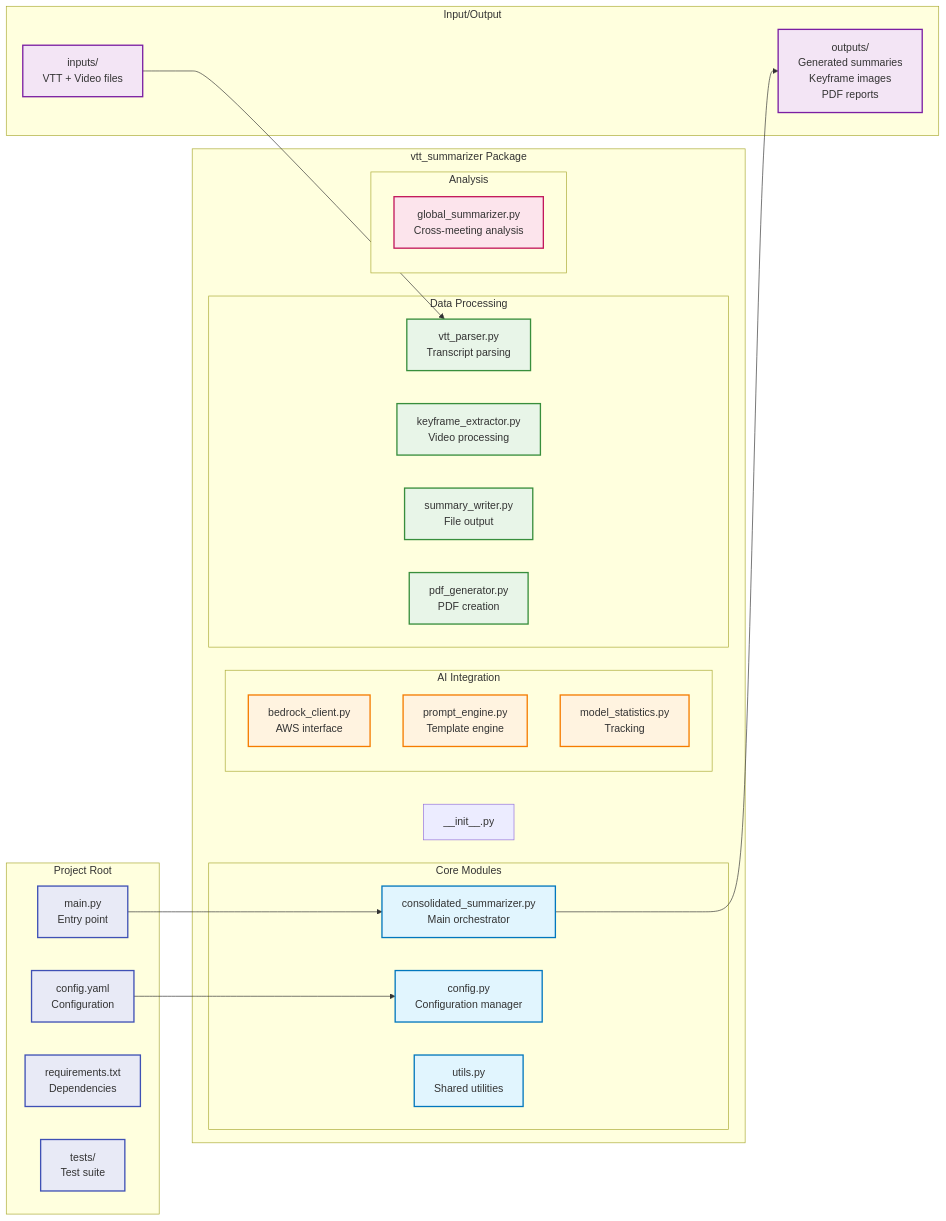
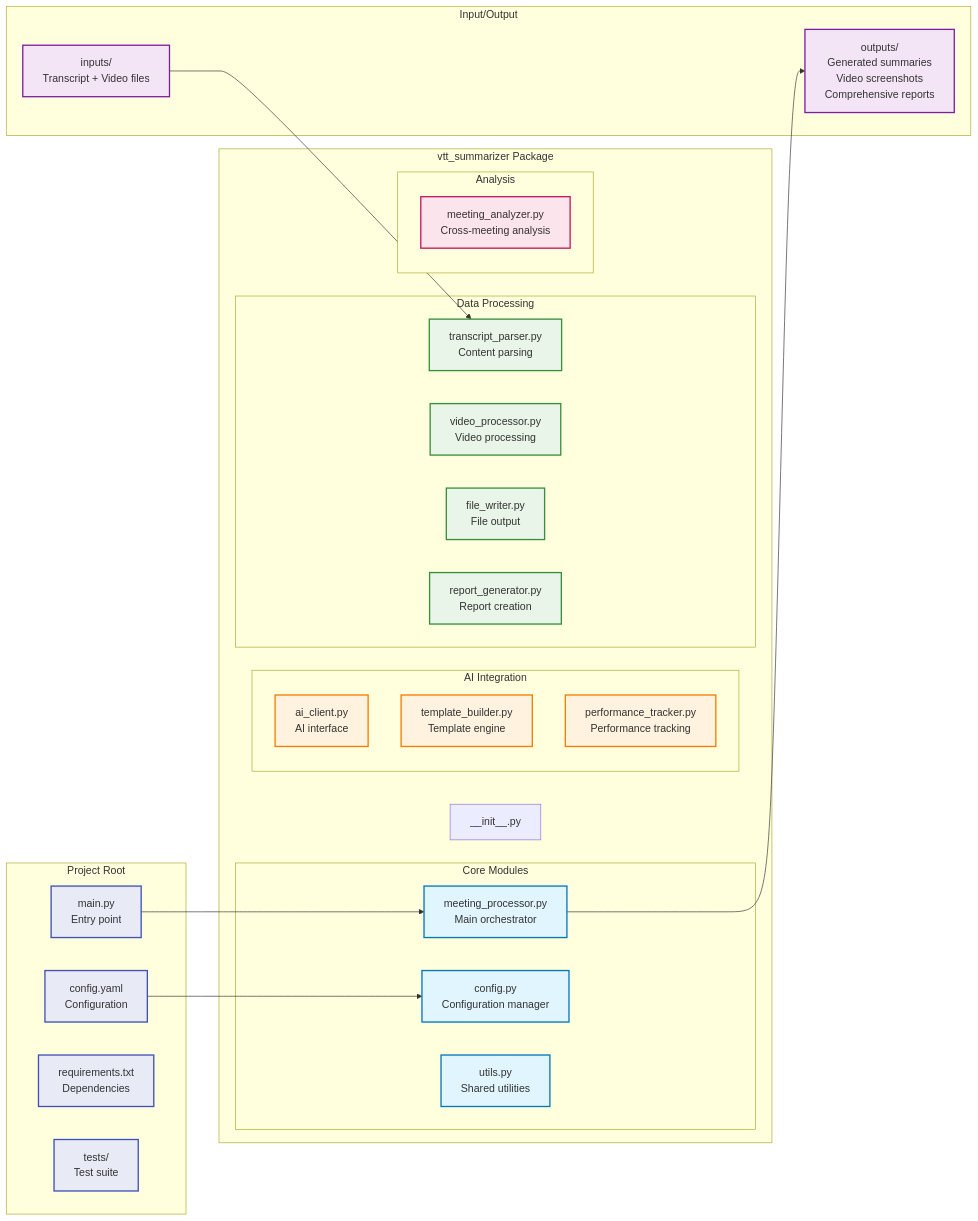
Before and after one commit to jogule/ms-teams-summarizer: the fourth of 4 diagrams in architecture.md, drawn with Mermaid. The commit also changed other lines of this file and 12 other files, not shown here.

First line of the commit message:
Implement transcript parsing, template building, and video processing for meeting summaries

````diff
--- a/architecture.md
+++ b/architecture.md
@@ -220,61 +220,61 @@
 ```mermaid
 graph LR
     subgraph "Project Root"
         MAIN_PY[main.py<br/>Entry point]
         CONFIG_YAML[config.yaml<br/>Configuration]
         REQ[requirements.txt<br/>Dependencies]
         TESTS[tests/<br/>Test suite]
     end
     
     subgraph "vtt_summarizer Package"
         INIT[__init__.py]
         
         subgraph "Core Modules"
-            CONSOLIDATED_PY[consolidated_summarizer.py<br/>Main orchestrator]
+            PROCESSOR_PY[meeting_processor.py<br/>Main orchestrator]
             CONFIG_PY[config.py<br/>Configuration manager]
             UTILS_PY[utils.py<br/>Shared utilities]
         end
         
         subgraph "AI Integration"
-            BEDROCK_PY[bedrock_client.py<br/>AWS interface]
-            PROMPT_PY[prompt_engine.py<br/>Template engine]
-            STATS_PY[model_statistics.py<br/>Tracking]
+            AI_PY[ai_client.py<br/>AI interface]
+            TEMPLATE_PY[template_builder.py<br/>Template engine]
+            PERFORMANCE_PY[performance_tracker.py<br/>Performance tracking]
         end
         
         subgraph "Data Processing"
-            VTT_PY[vtt_parser.py<br/>Transcript parsing]
-            KEYFRAME_PY[keyframe_extractor.py<br/>Video processing]
-            WRITER_PY[summary_writer.py<br/>File output]
-            PDF_PY[pdf_generator.py<br/>PDF creation]
+            TRANSCRIPT_PY[transcript_parser.py<br/>Content parsing]
+            VIDEO_PY[video_processor.py<br/>Video processing]
+            WRITER_PY[file_writer.py<br/>File output]
+            REPORT_PY[report_generator.py<br/>Report creation]
         end
         
         subgraph "Analysis"
-            GLOBAL_PY[global_summarizer.py<br/>Cross-meeting analysis]
+            ANALYZER_PY[meeting_analyzer.py<br/>Cross-meeting analysis]
         end
     end
     
     subgraph "Input/Output"
-        INPUTS[inputs/<br/>VTT + Video files]
-        OUTPUTS[outputs/<br/>Generated summaries<br/>Keyframe images<br/>PDF reports]
+        INPUTS[inputs/<br/>Transcript + Video files]
+        OUTPUTS[outputs/<br/>Generated summaries<br/>Video screenshots<br/>Comprehensive reports]
     end
     
-    MAIN_PY --> CONSOLIDATED_PY
+    MAIN_PY --> PROCESSOR_PY
     CONFIG_YAML --> CONFIG_PY
-    INPUTS --> VTT_PY
-    CONSOLIDATED_PY --> OUTPUTS
+    INPUTS --> TRANSCRIPT_PY
+    PROCESSOR_PY --> OUTPUTS
     
     %% Styling
     classDef root fill:#e8eaf6,stroke:#3f51b5,stroke-width:2px
     classDef core fill:#e1f5fe,stroke:#0277bd,stroke-width:2px
     classDef ai fill:#fff3e0,stroke:#f57c00,stroke-width:2px
     classDef data fill:#e8f5e8,stroke:#388e3c,stroke-width:2px
     classDef analysis fill:#fce4ec,stroke:#c2185b,stroke-width:2px
     classDef io fill:#f3e5f5,stroke:#7b1fa2,stroke-width:2px
     
     class MAIN_PY,CONFIG_YAML,REQ,TESTS root
-    class CONSOLIDATED_PY,CONFIG_PY,UTILS_PY core
-    class BEDROCK_PY,PROMPT_PY,STATS_PY ai
-    class VTT_PY,KEYFRAME_PY,WRITER_PY,PDF_PY data
-    class GLOBAL_PY analysis
+    class PROCESSOR_PY,CONFIG_PY,UTILS_PY core
+    class AI_PY,TEMPLATE_PY,PERFORMANCE_PY ai
+    class TRANSCRIPT_PY,VIDEO_PY,WRITER_PY,REPORT_PY data
+    class ANALYZER_PY analysis
     class INPUTS,OUTPUTS io
 ```
````
